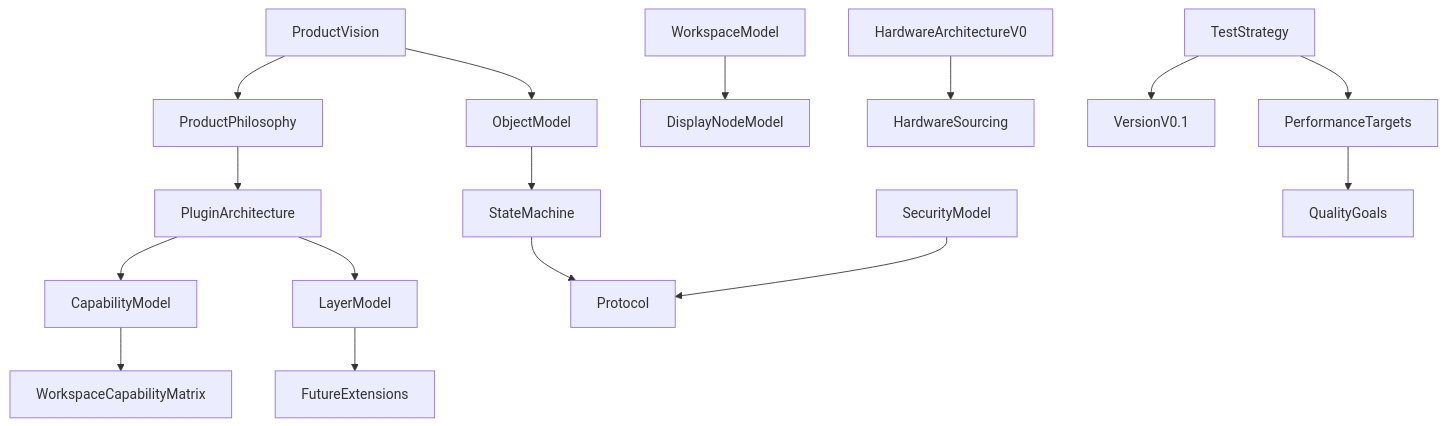
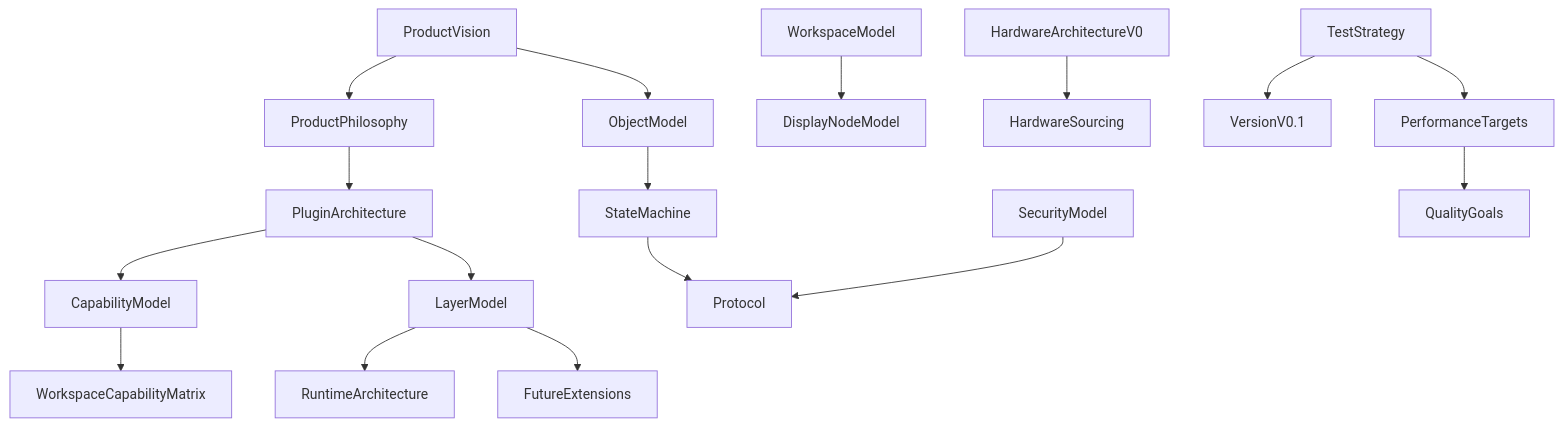
One commit to rk-engineeringAToutlook-de/RKWorkspace changed the diagram in Spec/README.md. Above: the diagram before and after it, drawn with Mermaid. The commit also changed other lines of this file and 15 other files, not shown here.

````diff
--- a/Spec/README.md
+++ b/Spec/README.md
@@ -14,18 +14,19 @@
 ```mermaid
 flowchart TB
     Product["ProductVision"] --> Object["ObjectModel"]
     Product --> Philosophy["ProductPhilosophy"]
     Philosophy --> Plugin["PluginArchitecture"]
     Plugin --> Capability["CapabilityModel"]
     Capability --> Matrix["WorkspaceCapabilityMatrix"]
     Plugin --> Layer["LayerModel"]
+    Layer --> Runtime["RuntimeArchitecture"]
     Object --> State["StateMachine"]
     State --> Protocol["Protocol"]
     Security["SecurityModel"] --> Protocol
     Workspace["WorkspaceModel"] --> Nodes["DisplayNodeModel"]
     Hardware["HardwareArchitectureV0"] --> Sourcing["HardwareSourcing"]
     Tests["TestStrategy"] --> V01["VersionV0.1"]
     Layer --> Future["FutureExtensions"]
     Tests --> Performance["PerformanceTargets"]
     Performance --> Quality["QualityGoals"]
 ```
````
